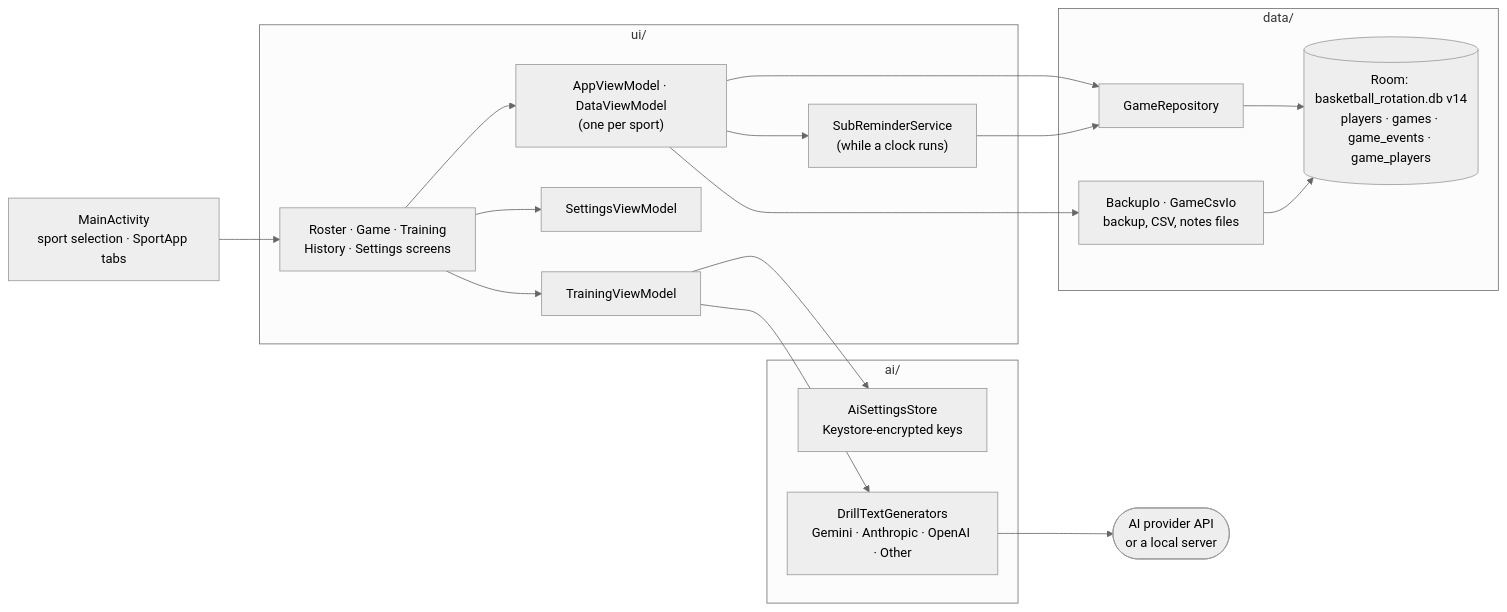
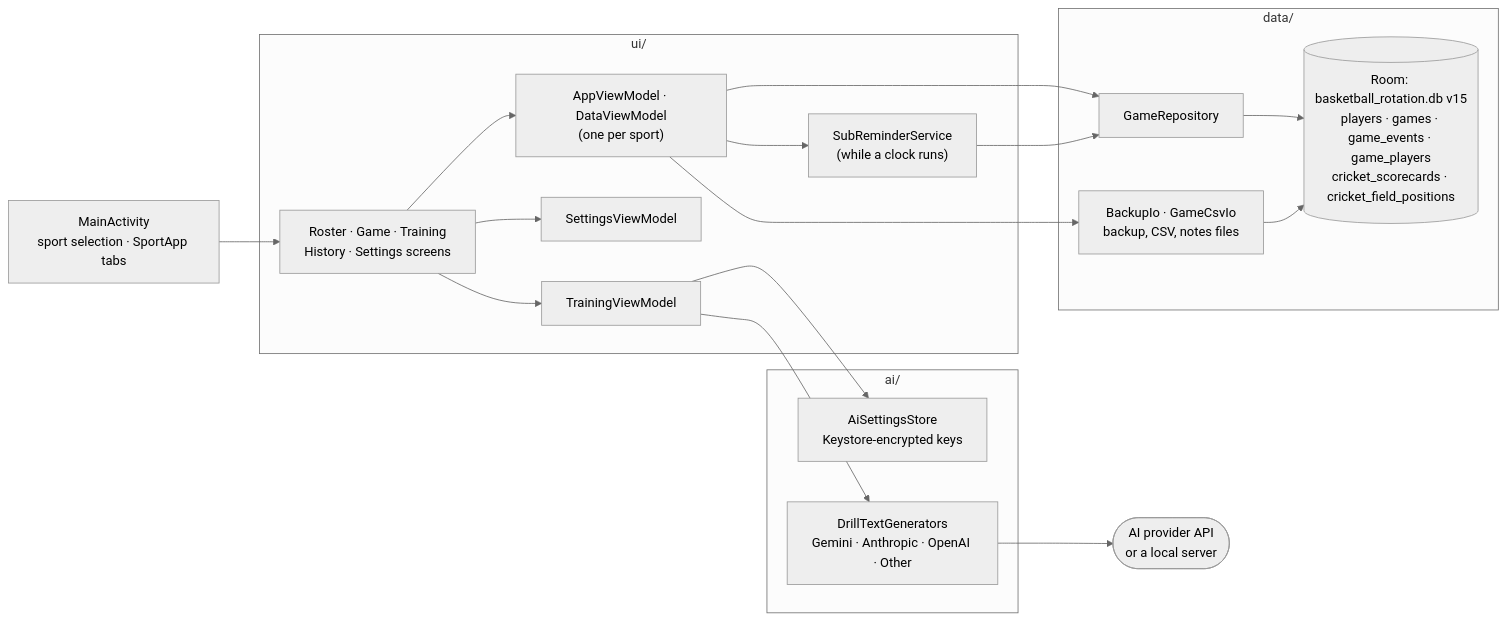
The diagram in STRUCTURE.md (lukecarnold-jpg/Coaches-Assistant), drawn with Mermaid (neutral theme) before and after one commit. The commit also changed other lines of this file and 33 other files, not shown here.

First line of the commit message:
Add cricket, recorded as scorecards with a field plan

````diff
--- a/STRUCTURE.md
+++ b/STRUCTURE.md
@@ -244,37 +247,37 @@
 ```mermaid
 flowchart LR
     MainActivity["MainActivity<br/>sport selection · SportApp tabs"]
 
     subgraph ui["ui/"]
         Screens["Roster · Game · Training<br/>History · Settings screens"]
         AppVM["AppViewModel · DataViewModel<br/>(one per sport)"]
         SettingsVM["SettingsViewModel"]
         TrainingVM["TrainingViewModel"]
         SubService["SubReminderService<br/>(while a clock runs)"]
     end
 
     subgraph data["data/"]
         Repo["GameRepository"]
         Files["BackupIo · GameCsvIo<br/>backup, CSV, notes files"]
-        Room[("Room: basketball_rotation.db v14<br/>players · games · game_events · game_players")]
+        Room[("Room: basketball_rotation.db v15<br/>players · games · game_events · game_players<br/>cricket_scorecards · cricket_field_positions")]
     end
 
     subgraph ai["ai/"]
         Settings["AiSettingsStore<br/>Keystore-encrypted keys"]
         Generators["DrillTextGenerators<br/>Gemini · Anthropic · OpenAI · Other"]
     end
 
     MainActivity --> Screens
     Screens --> AppVM
     Screens --> TrainingVM
     Screens --> SettingsVM
     AppVM --> Repo
     AppVM --> Files
     AppVM --> SubService
     SubService --> Repo
     Repo --> Room
     Files --> Room
     TrainingVM --> Settings
     TrainingVM --> Generators
     Generators --> Providers(["AI provider API<br/>or a local server"])
 ```
````
